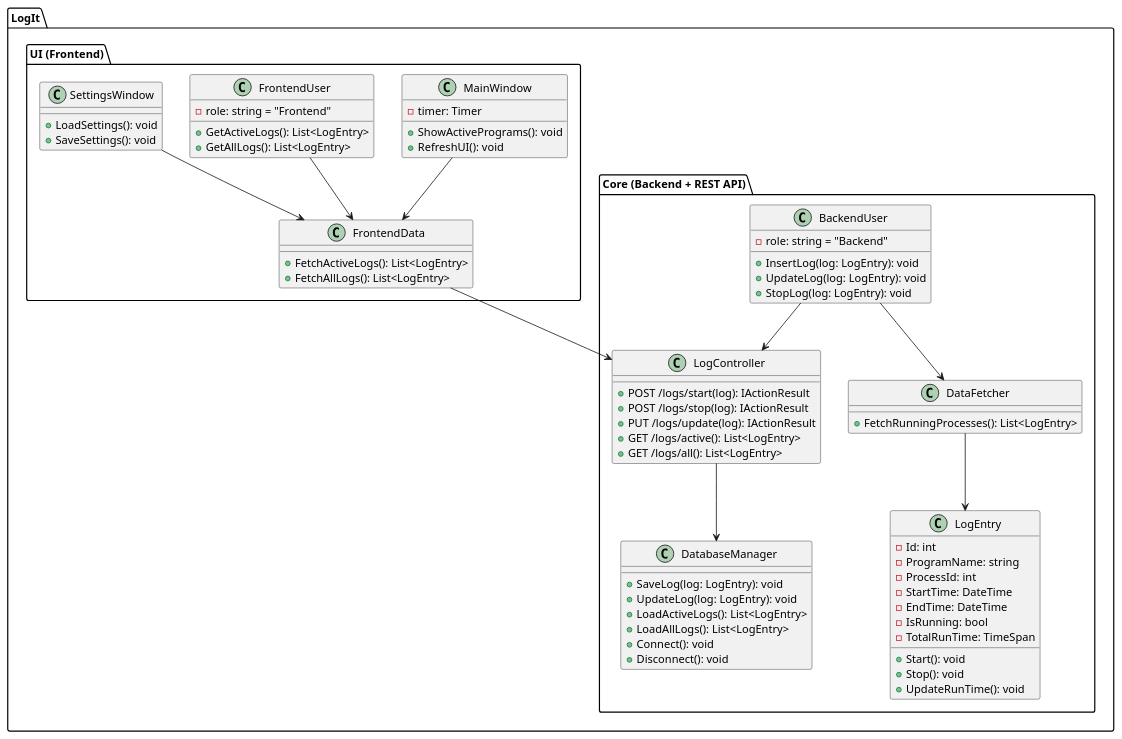
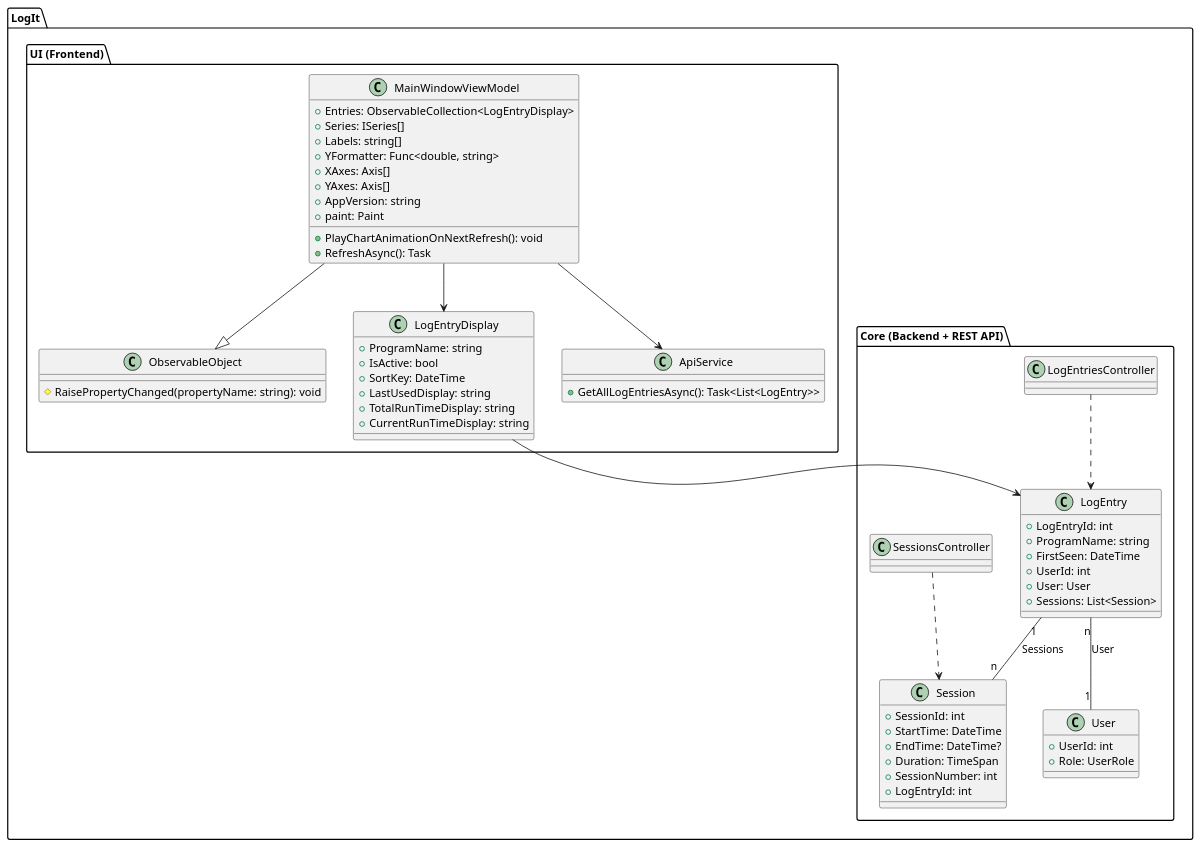
The diagram in doc/klassendiagramm.plantuml (Schokobaer06/LogIt), drawn with PlantUML before and after one commit. The commit also changed 2620 other files, not shown here.

Commit message:
updated dokumentation & added swagger doc & frontend/backend doc

```diff
--- a/doc/klassendiagramm.plantuml
+++ b/doc/klassendiagramm.plantuml
@@ -1,91 +1,80 @@
 @startuml LogIt Klassen
 
 ' === BACKEND inkl. REST-API ===
 package "LogIt.Core (Backend + REST API)" {
-    
-    class LogEntry {
-        - Id: int
-        - ProgramName: string
-        - ProcessId: int
-        - StartTime: DateTime
-        - EndTime: DateTime
-        - IsRunning: bool
-        - TotalRunTime: TimeSpan
-        + Start(): void
-        + Stop(): void
-        + UpdateRunTime(): void
+
+    class User {
+        +UserId: int
+        +Role: UserRole
     }
 
-    class BackendUser {
-        - role: string = "Backend"
-        + InsertLog(log: LogEntry): void
-        + UpdateLog(log: LogEntry): void
-        + StopLog(log: LogEntry): void
+    class LogEntry {
+        +LogEntryId: int
+        +ProgramName: string
+        +FirstSeen: DateTime
+        +UserId: int
+        +User: User
+        +Sessions: List<Session>
     }
 
-    class DataFetcher {
-        + FetchRunningProcesses(): List<LogEntry>
+    class Session {
+        +SessionId: int
+        +StartTime: DateTime
+        +EndTime: DateTime?
+        +Duration: TimeSpan
+        +SessionNumber: int
+        +LogEntryId: int
     }
 
-'    interface ILogs {
-'        + Log(): void
-'    }
+    LogEntry "1" -- "n" Session : Sessions
+    LogEntry "n" -- "1" User : User
 
-    ' LogEntry ..|> ILogs
-    DataFetcher --> LogEntry
-    BackendUser --> DataFetcher
+    ' API-Controller (vereinfachte Darstellung)
+    class LogEntriesController
+    class SessionsController
 
-    ' REST API Controller
-    class LogController {
-        + POST /logs/start(log): IActionResult
-        + POST /logs/stop(log): IActionResult
-        + PUT /logs/update(log): IActionResult
-        + GET /logs/active(): List<LogEntry>
-        + GET /logs/all(): List<LogEntry>
-    }
-
-    class DatabaseManager {
-        + SaveLog(log: LogEntry): void
-        + UpdateLog(log: LogEntry): void
-        + LoadActiveLogs(): List<LogEntry>
-        + LoadAllLogs(): List<LogEntry>
-        + Connect(): void
-        + Disconnect(): void
-    }
-
-    LogController --> DatabaseManager
-    BackendUser --> LogController
+    LogEntriesController ..> LogEntry
+    SessionsController ..> Session
 }
 
 ' === FRONTEND ===
 package "LogIt.UI (Frontend)" {
-    
-    class MainWindow {
-        - timer: Timer
-        + ShowActivePrograms(): void
-        + RefreshUI(): void
+
+    class ObservableObject {
+        #RaisePropertyChanged(propertyName: string): void
     }
 
-    class FrontendUser {
-        - role: string = "Frontend"
-        + GetActiveLogs(): List<LogEntry>
-        + GetAllLogs(): List<LogEntry>
+    class MainWindowViewModel {
+        +Entries: ObservableCollection<LogEntryDisplay>
+        +Series: ISeries[]
+        +Labels: string[]
+        +YFormatter: Func<double, string>
+        +XAxes: Axis[]
+        +YAxes: Axis[]
+        +AppVersion: string
+        +paint: Paint
+        +PlayChartAnimationOnNextRefresh(): void
+        +RefreshAsync(): Task
     }
 
-    class FrontendData {
-        + FetchActiveLogs(): List<LogEntry>
-        + FetchAllLogs(): List<LogEntry>
+    class LogEntryDisplay {
+        +ProgramName: string
+        +IsActive: bool
+        +SortKey: DateTime
+        +LastUsedDisplay: string
+        +TotalRunTimeDisplay: string
+        +CurrentRunTimeDisplay: string
     }
 
-    class SettingsWindow {
-        + LoadSettings(): void
-        + SaveSettings(): void
+    class ApiService {
+        +GetAllLogEntriesAsync(): Task<List<LogEntry>>
     }
 
-    MainWindow --> FrontendData
-    FrontendUser --> FrontendData
-    SettingsWindow --> FrontendData
-    FrontendData --> LogController
+    MainWindowViewModel --|> ObservableObject
+    MainWindowViewModel --> LogEntryDisplay
+    MainWindowViewModel --> ApiService
+    LogEntryDisplay --> LogEntry
+
 }
 
 @enduml
```
